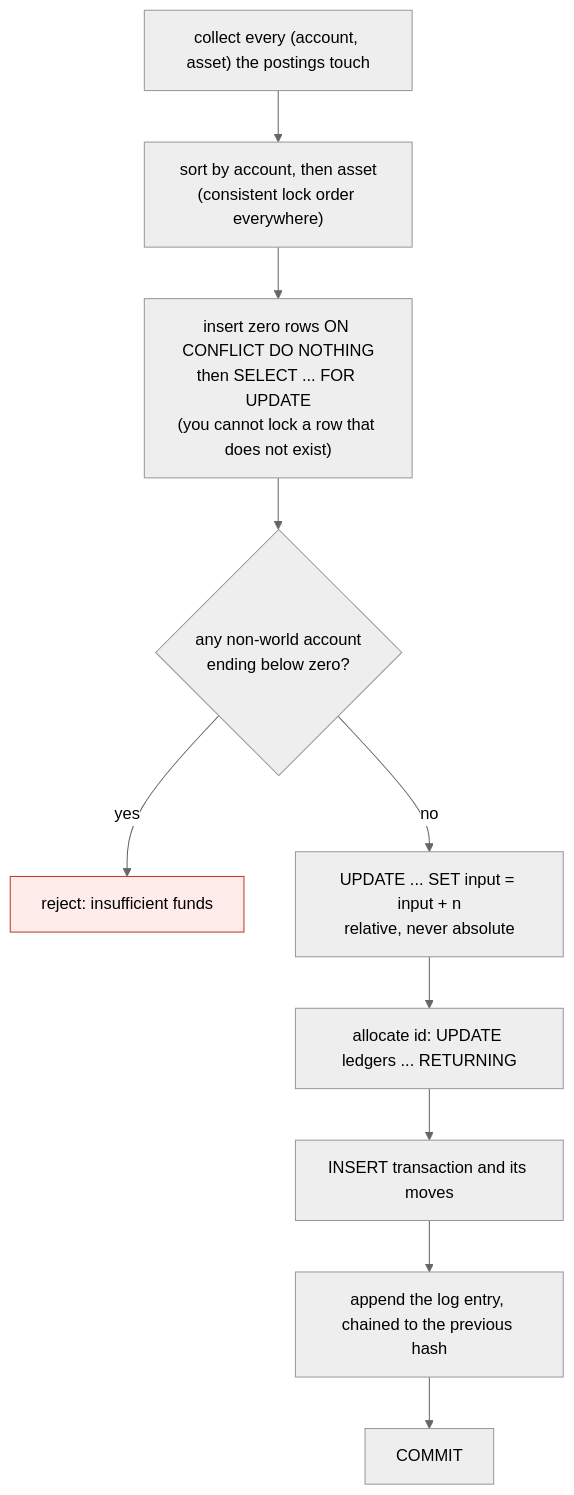
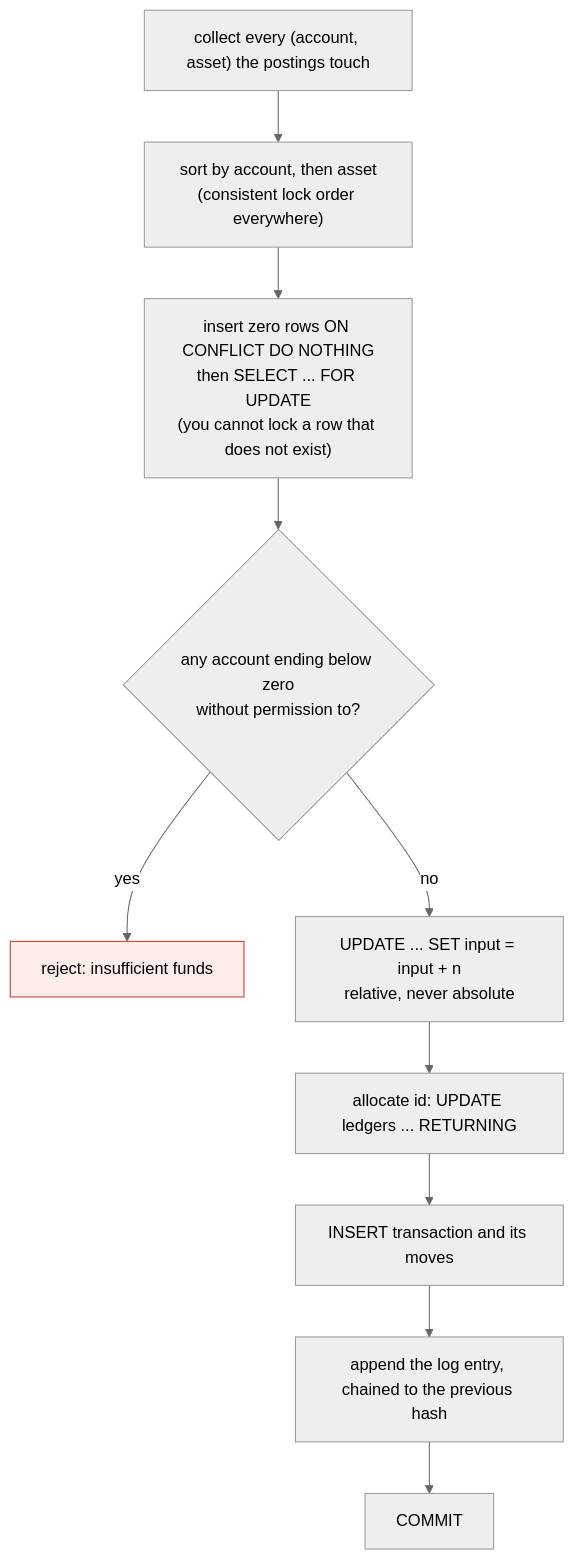
The third of 3 diagrams in README.md (pixperk/giro), drawn with Mermaid (neutral theme) before and after one commit. The commit also changed other lines of this file and 30 other files, not shown here.

````diff
--- a/README.md
+++ b/README.md
@@ -185,16 +185,16 @@
 ```mermaid
 flowchart TD
     A["collect every (account, asset) the postings touch"] --> B
     B["sort by account, then asset<br/>(consistent lock order everywhere)"] --> C
     C["insert zero rows ON CONFLICT DO NOTHING<br/>then SELECT ... FOR UPDATE<br/>(you cannot lock a row that does not exist)"] --> D
-    D{"any non-world account<br/>ending below zero?"}
+    D{"any account ending below zero<br/>without permission to?"}
     D -->|yes| R["reject: insufficient funds"]
     D -->|no| E["UPDATE ... SET input = input + n<br/>relative, never absolute"]
     E --> F["allocate id: UPDATE ledgers ... RETURNING"]
     F --> G["INSERT transaction and its moves"]
     G --> H["append the log entry, chained to the previous hash"]
     H --> I["COMMIT"]
 
     classDef reject fill:#fdecea,stroke:#c0392b;
     class R reject;
 ```
````
